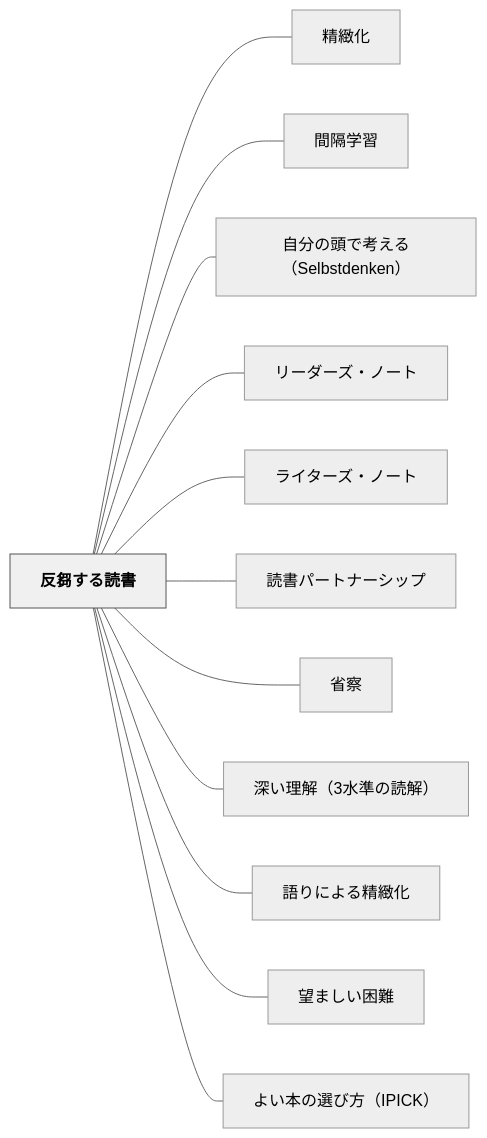
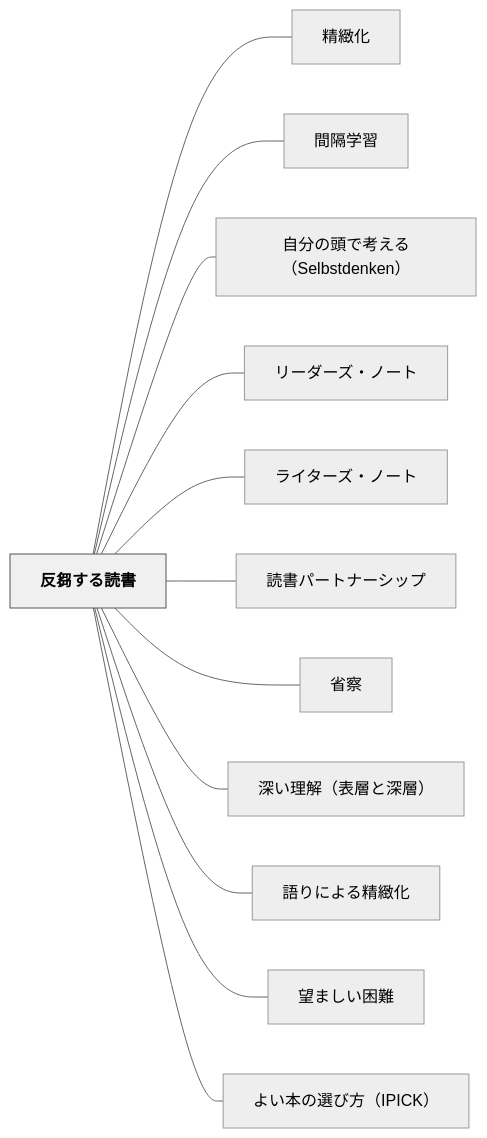
The diagram in content/パタン/反芻する読書.md (unknownthings-ed-patterns/unknownthings-ed-patterns), drawn with Mermaid (neutral theme) before and after one commit. The commit also changed other lines of this file and 26 other files, not shown here.

````diff
--- a/content/パタン/反芻する読書.md
+++ b/content/パタン/反芻する読書.md
@@ -125,30 +125,30 @@
 ```mermaid
 flowchart LR
     ne58f8de88abbe38199e3828be8aaade69bb8["反芻する読書"]
     ne7b2bee7b7bbe58c96["精緻化"]
     ne99693e99a94e5ada6e7bf92["間隔学習"]
     ne887aae58886e381aee9a0ade381a7e88083e38188e3828befbc8853656c62737464656e6b656eefbc89["自分の頭で考える（Selbstdenken）"]
     ne383aae383bce38380e383bce382bae383bbe3838ee383bce38388["リーダーズ・ノート"]
     ne383a9e382a4e382bfe383bce382bae383bbe3838ee383bce38388["ライターズ・ノート"]
     ne8aaade69bb8e38391e383bce38388e3838ae383bce382b7e38383e38397["読書パートナーシップ"]
     ne79c81e5af9f["省察"]
-    ne6b7b1e38184e79086e8a7a3efbc8833e6b0b4e6ba96e381aee8aaade8a7a3efbc89["深い理解（3水準の読解）"]
+    ne6b7b1e38184e79086e8a7a3efbc88e8a1a8e5b1a4e381a8e6b7b1e5b1a4efbc89["深い理解（表層と深層）"]
     ne8aa9ee3828ae381abe38288e3828be7b2bee7b7bbe58c96["語りによる精緻化"]
     ne69c9be381bee38197e38184e59bb0e99ba3["望ましい困難"]
     ne38288e38184e69cace381aee981b8e381b3e696b9efbc88495049434befbc89["よい本の選び方（IPICK）"]
 
     ne58f8de88abbe38199e3828be8aaade69bb8 --- ne7b2bee7b7bbe58c96
     ne58f8de88abbe38199e3828be8aaade69bb8 --- ne99693e99a94e5ada6e7bf92
     ne58f8de88abbe38199e3828be8aaade69bb8 --- ne887aae58886e381aee9a0ade381a7e88083e38188e3828befbc8853656c62737464656e6b656eefbc89
     ne58f8de88abbe38199e3828be8aaade69bb8 --- ne383aae383bce38380e383bce382bae383bbe3838ee383bce38388
     ne58f8de88abbe38199e3828be8aaade69bb8 --- ne383a9e382a4e382bfe383bce382bae383bbe3838ee383bce38388
     ne58f8de88abbe38199e3828be8aaade69bb8 --- ne8aaade69bb8e38391e383bce38388e3838ae383bce382b7e38383e38397
     ne58f8de88abbe38199e3828be8aaade69bb8 --- ne79c81e5af9f
-    ne58f8de88abbe38199e3828be8aaade69bb8 --- ne6b7b1e38184e79086e8a7a3efbc8833e6b0b4e6ba96e381aee8aaade8a7a3efbc89
+    ne58f8de88abbe38199e3828be8aaade69bb8 --- ne6b7b1e38184e79086e8a7a3efbc88e8a1a8e5b1a4e381a8e6b7b1e5b1a4efbc89
     ne58f8de88abbe38199e3828be8aaade69bb8 --- ne8aa9ee3828ae381abe38288e3828be7b2bee7b7bbe58c96
     ne58f8de88abbe38199e3828be8aaade69bb8 --- ne69c9be381bee38197e38184e59bb0e99ba3
     ne58f8de88abbe38199e3828be8aaade69bb8 --- ne38288e38184e69cace381aee981b8e381b3e696b9efbc88495049434befbc89
 
     classDef hub fill:#f0f0f0,stroke:#555,color:#000,font-weight:bold
     class ne58f8de88abbe38199e3828be8aaade69bb8 hub
 ```
````
